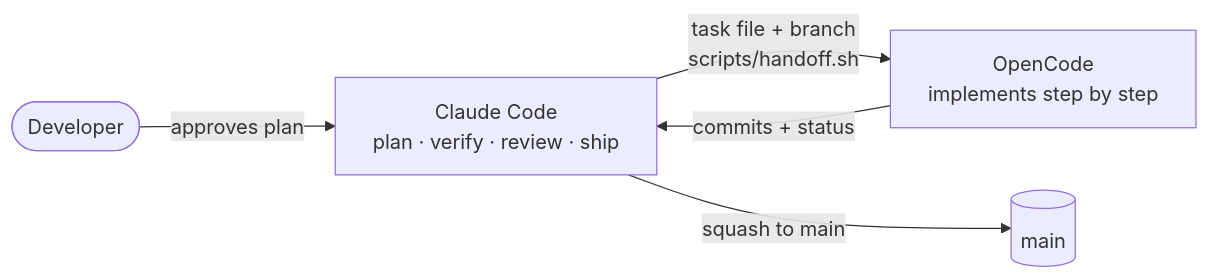
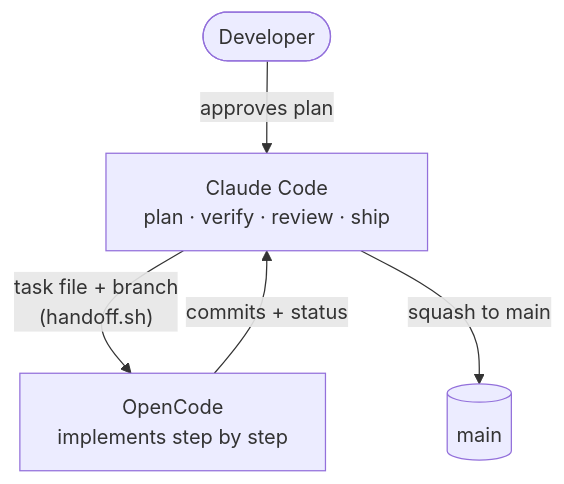
Before and after one commit to trgianghuynh1808/ai-english-speaking: the second of 2 diagrams in README.md, drawn with Mermaid.

Commit message:
docs: fix overlapping labels in workflow diagram

````diff
--- a/README.md
+++ b/README.md
@@ -89,7 +89,7 @@
 ```mermaid
-flowchart LR
-    Me([Developer]) -- approves plan --> C[Claude Code<br/>plan · verify · review · ship]
-    C -- "task file + branch<br/>scripts/handoff.sh" --> O[OpenCode<br/>implements step by step]
-    O -- "commits + status" --> C
-    C -- squash to main --> Repo[(main)]
+flowchart TD
+    Me([Developer]) -->|approves plan| C["Claude Code<br/>plan · verify · review · ship"]
+    C -->|"task file + branch<br/>(handoff.sh)"| O["OpenCode<br/>implements step by step"]
+    O -->|"commits + status"| C
+    C -->|squash to main| Repo[("main")]
 ```
````
